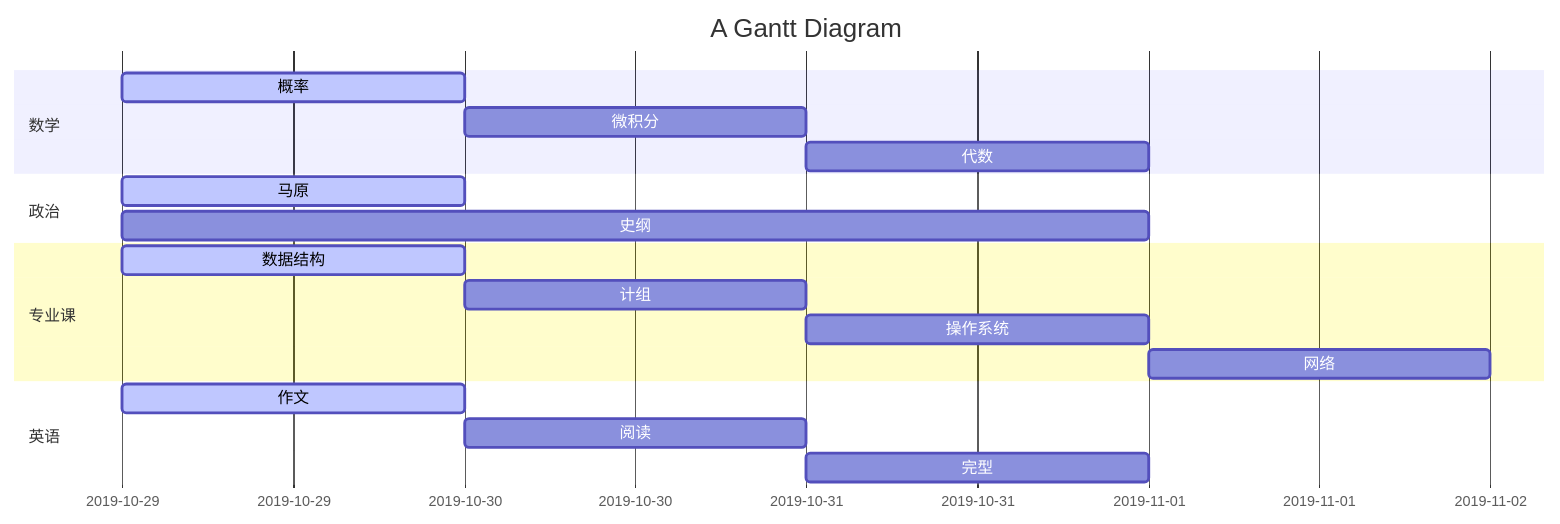
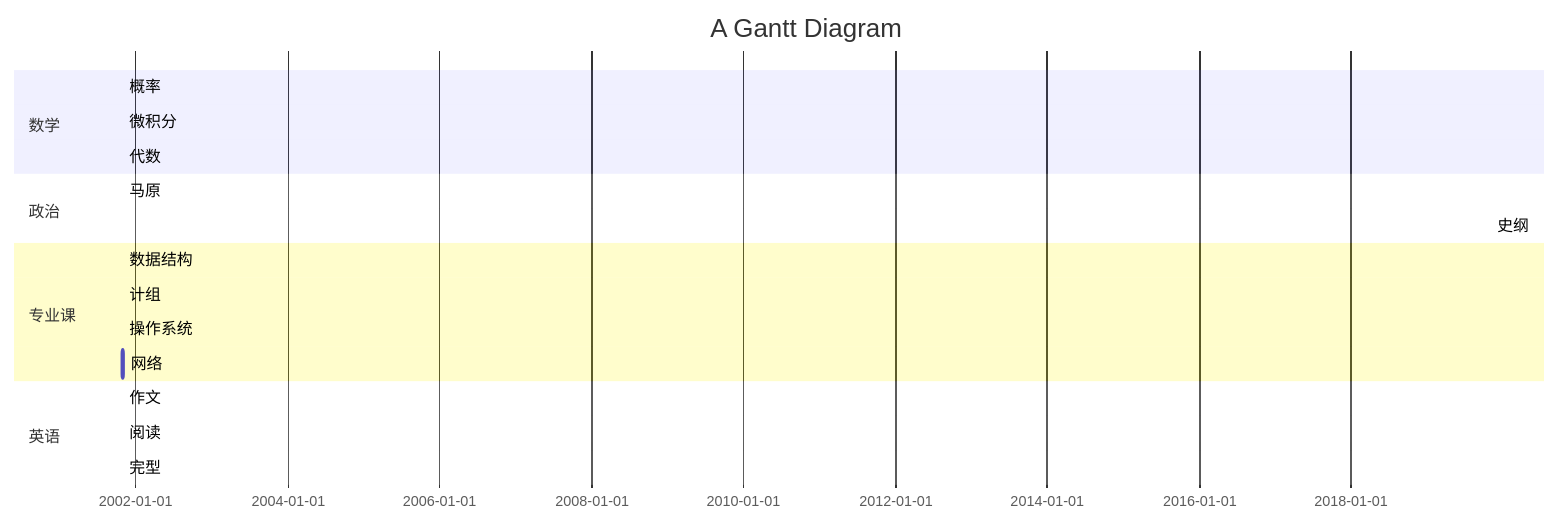
One commit to ZhangMingShuo/ZhangMingShuo.github.io changed the diagram in plan.md. Above: the diagram before and after it, drawn with Mermaid.

````diff
--- a/plan.md
+++ b/plan.md
@@ -2,21 +2,21 @@
 ```mermaid,autorun
   gantt
     title A Gantt Diagram
     dateFormat  YYYY-MM-DD
     section 数学
-    概率:active,m1,2019-10-29,1d
+    概率:active,m1,10-29,1d
     微积分:m2,after m1,1d
     代数:m3,after m2,1d
     section 政治
-    马原           :active,a1, 2019-10-29, 1d
+    马原           :active,a1, 10-29, 1d
     史纲     :a2, 2019-10-29  , 3d
     section 专业课
-    数据结构      :active,c1,2019-10-29 , 1d
+    数据结构      :active,c1,10-29 , 1d
     计组      :c2,after c1  , 1d
     操作系统: c3,after c2,1d
     网络 :c4,after c3,1d
     section 英语
-    作文:active,e1,2019-10-29,1d
+    作文:active,e1,10-29,1d
     阅读:e2,after e1,1d
     完型:e3,after e2,1d
 ```
````
